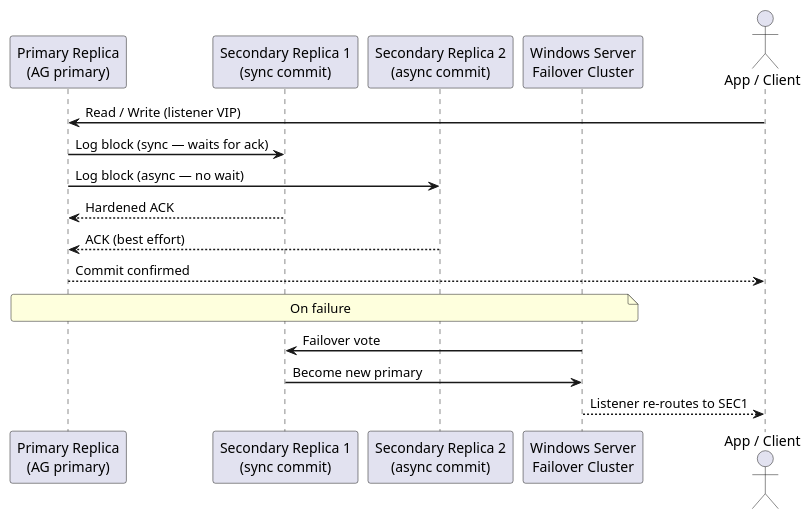
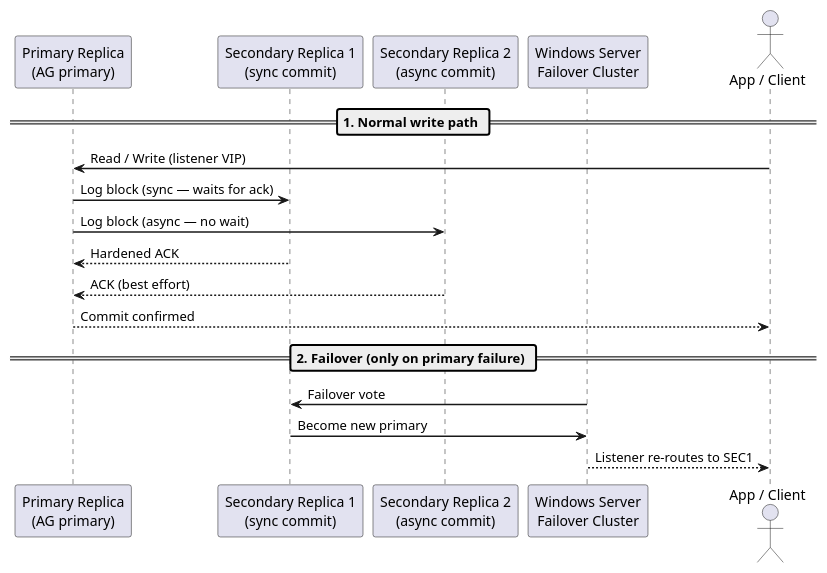
One commit to canast01/chris-kb changed the diagram in docs/compute/windows-server/sql-server/architecture/how-it-works.md. Above: the diagram before and after it, drawn with PlantUML. The commit also changed 14 other files, not shown here.

First line of the commit message:
Add phase dividers to PlantUML sequence diagrams mixing unrelated flows; fix PowerMax escalation box-vs-footer overlap

````diff
--- a/docs/compute/windows-server/sql-server/architecture/how-it-works.md
+++ b/docs/compute/windows-server/sql-server/architecture/how-it-works.md
@@ -16,24 +16,25 @@
 ```plantuml
 @startuml
 skinparam sequenceArrowThickness 1.5
 skinparam roundcorner 5
 
 participant "Primary Replica\n(AG primary)" as PRI
 participant "Secondary Replica 1\n(sync commit)" as SEC1
 participant "Secondary Replica 2\n(async commit)" as SEC2
 participant "Windows Server\nFailover Cluster" as WSFC
 actor "App / Client" as APP
 
+== 1. Normal write path ==
 APP -> PRI: Read / Write (listener VIP)
 PRI -> SEC1: Log block (sync — waits for ack)
 PRI -> SEC2: Log block (async — no wait)
 SEC1 --> PRI: Hardened ACK
 SEC2 --> PRI: ACK (best effort)
 PRI --> APP: Commit confirmed
 
-note over PRI,WSFC: On failure
+== 2. Failover (only on primary failure) ==
 WSFC -> SEC1: Failover vote
 SEC1 -> WSFC: Become new primary
 WSFC --> APP: Listener re-routes to SEC1
 @enduml
 ```
````
